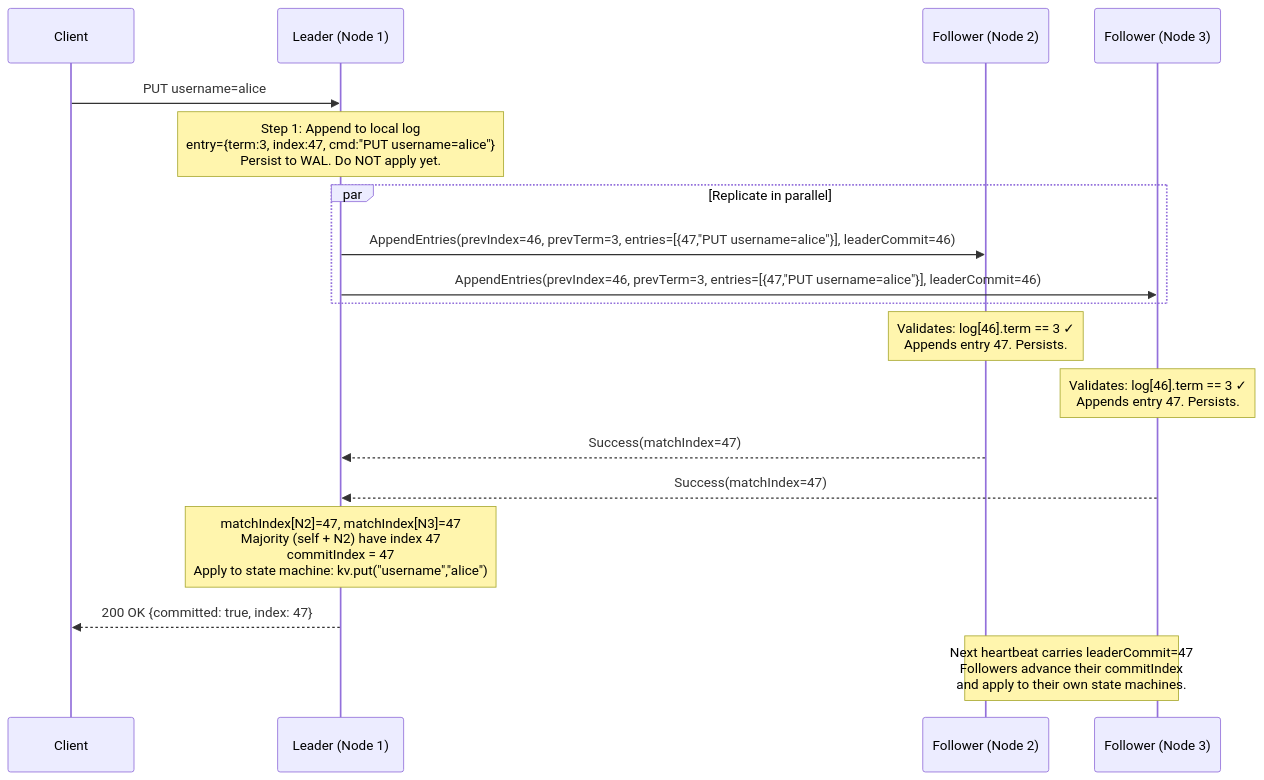
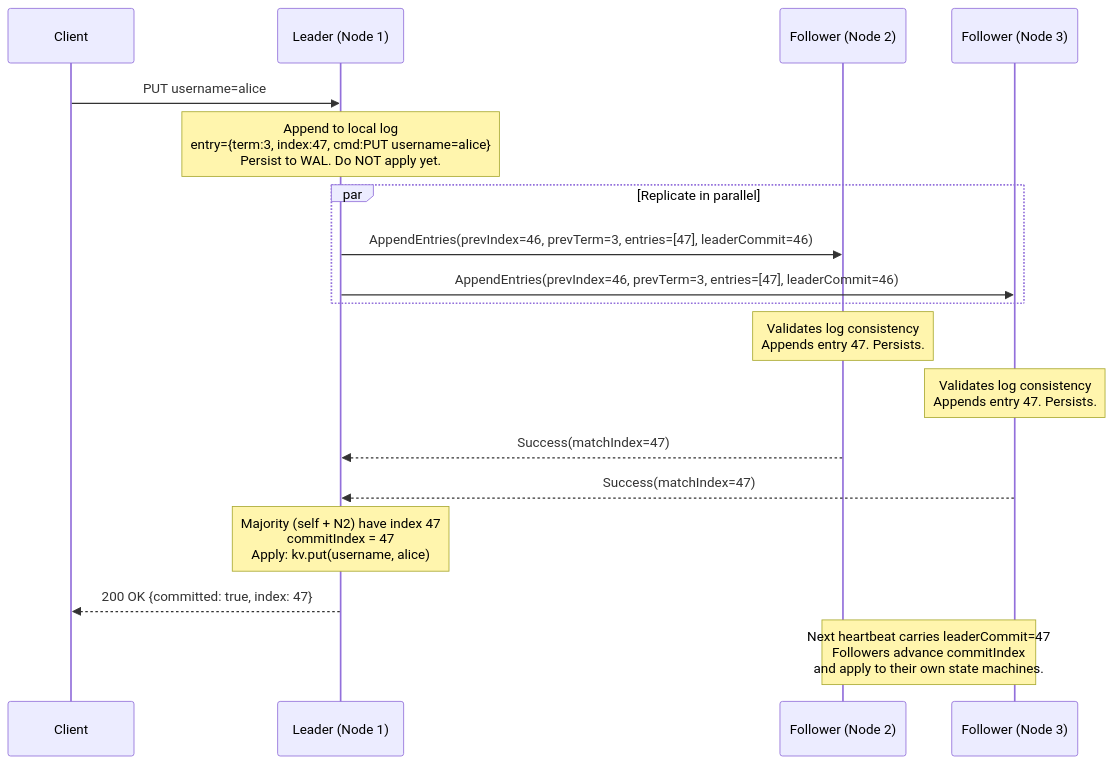
The fourth of 9 diagrams in README.md (Utkarsh-patel26/Kronos), drawn with Mermaid before and after one commit. The commit also changed other lines of this file, not shown here.

````diff
--- a/README.md
+++ b/README.md
@@ -160,28 +160,28 @@
 ```mermaid
 sequenceDiagram
     participant C as Client
     participant L as Leader (Node 1)
     participant F2 as Follower (Node 2)
     participant F3 as Follower (Node 3)
 
     C->>L: PUT username=alice
 
-    Note over L: Step 1: Append to local log<br/>entry={term:3, index:47, cmd:"PUT username=alice"}<br/>Persist to WAL. Do NOT apply yet.
+    Note over L: Append to local log<br/>entry={term:3, index:47, cmd:PUT username=alice}<br/>Persist to WAL. Do NOT apply yet.
 
     par Replicate in parallel
-        L->>F2: AppendEntries(prevIndex=46, prevTerm=3, entries=[{47,"PUT username=alice"}], leaderCommit=46)
-        L->>F3: AppendEntries(prevIndex=46, prevTerm=3, entries=[{47,"PUT username=alice"}], leaderCommit=46)
+        L->>F2: AppendEntries(prevIndex=46, prevTerm=3, entries=[47], leaderCommit=46)
+        L->>F3: AppendEntries(prevIndex=46, prevTerm=3, entries=[47], leaderCommit=46)
     end
 
-    Note over F2: Validates: log[46].term == 3 ✓<br/>Appends entry 47. Persists.
-    Note over F3: Validates: log[46].term == 3 ✓<br/>Appends entry 47. Persists.
+    Note over F2: Validates log consistency<br/>Appends entry 47. Persists.
+    Note over F3: Validates log consistency<br/>Appends entry 47. Persists.
 
     F2-->>L: Success(matchIndex=47)
     F3-->>L: Success(matchIndex=47)
 
-    Note over L: matchIndex[N2]=47, matchIndex[N3]=47<br/>Majority (self + N2) have index 47<br/>commitIndex = 47<br/>Apply to state machine: kv.put("username","alice")
+    Note over L: Majority (self + N2) have index 47<br/>commitIndex = 47<br/>Apply: kv.put(username, alice)
 
     L-->>C: 200 OK {committed: true, index: 47}
 
-    Note over F2,F3: Next heartbeat carries leaderCommit=47<br/>Followers advance their commitIndex<br/>and apply to their own state machines.
+    Note over F2,F3: Next heartbeat carries leaderCommit=47<br/>Followers advance commitIndex<br/>and apply to their own state machines.
 ```
````
